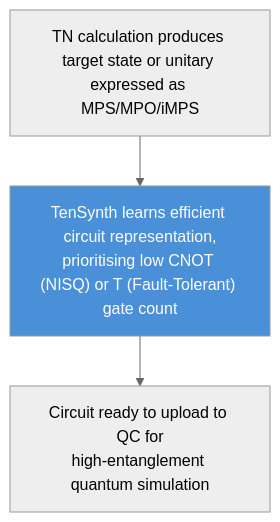
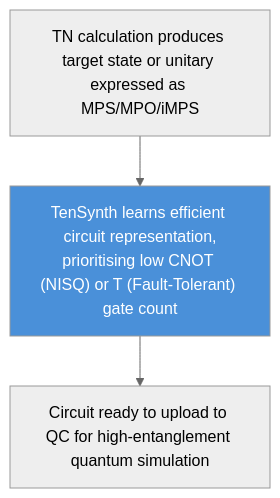
The diagram in README.md (GibbsJR/TenSynth), drawn with Mermaid (neutral theme) before and after one commit.

Commit message:
Remove line break from third mermaid box

````diff
--- a/README.md
+++ b/README.md
@@ -9,7 +9,7 @@
 ```mermaid
 graph TD
     A["TN calculation produces target state or unitary expressed as MPS/MPO/iMPS"]
     A --> B["TenSynth learns efficient circuit representation,<br/>prioritising low CNOT (NISQ) or T (Fault-Tolerant) gate count"]
-    B --> C["Circuit ready to upload to QC for<br/>high-entanglement quantum simulation"]
+    B --> C["Circuit ready to upload to QC for high-entanglement quantum simulation"]
     style B fill:#4a90d9,color:#fff
 ```
````
